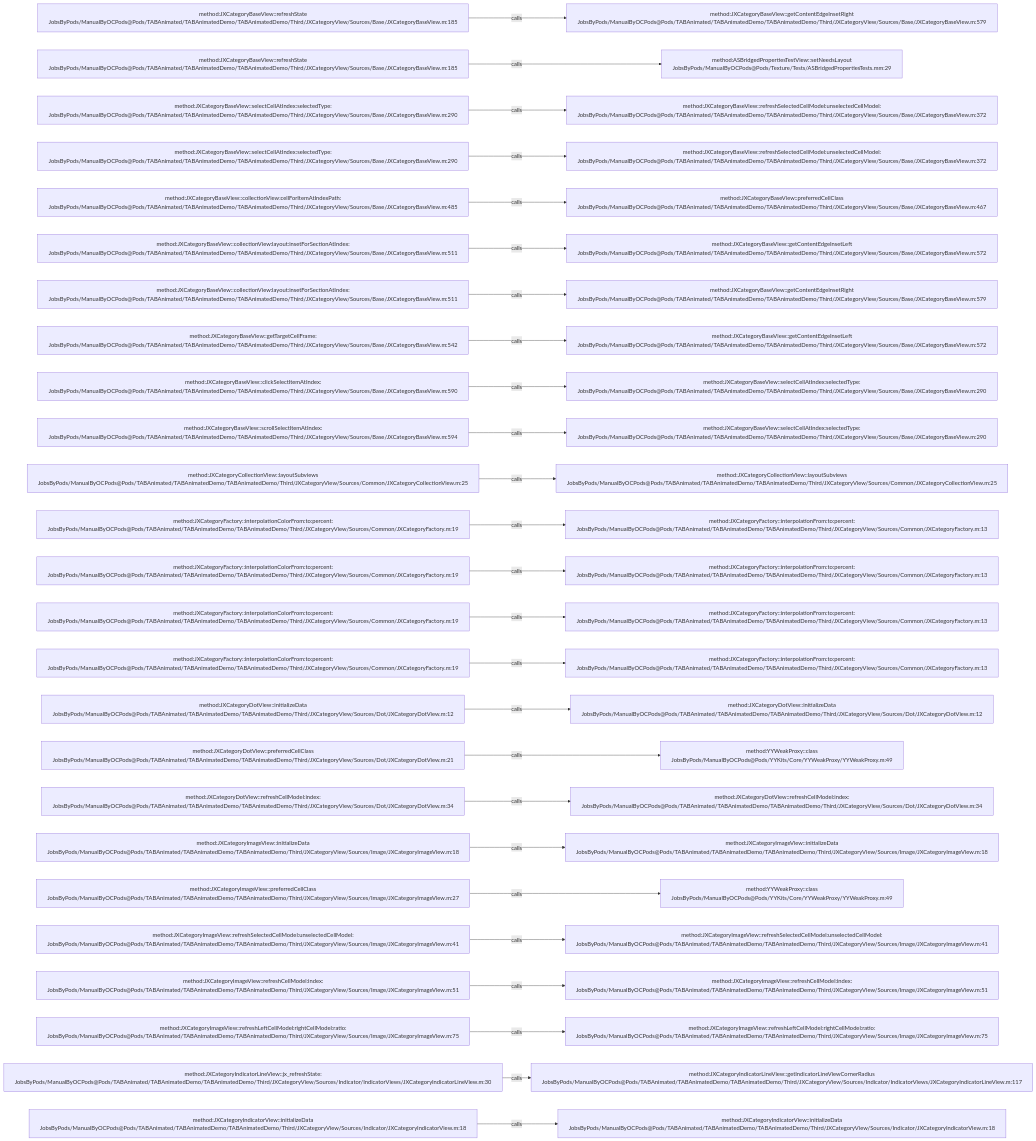
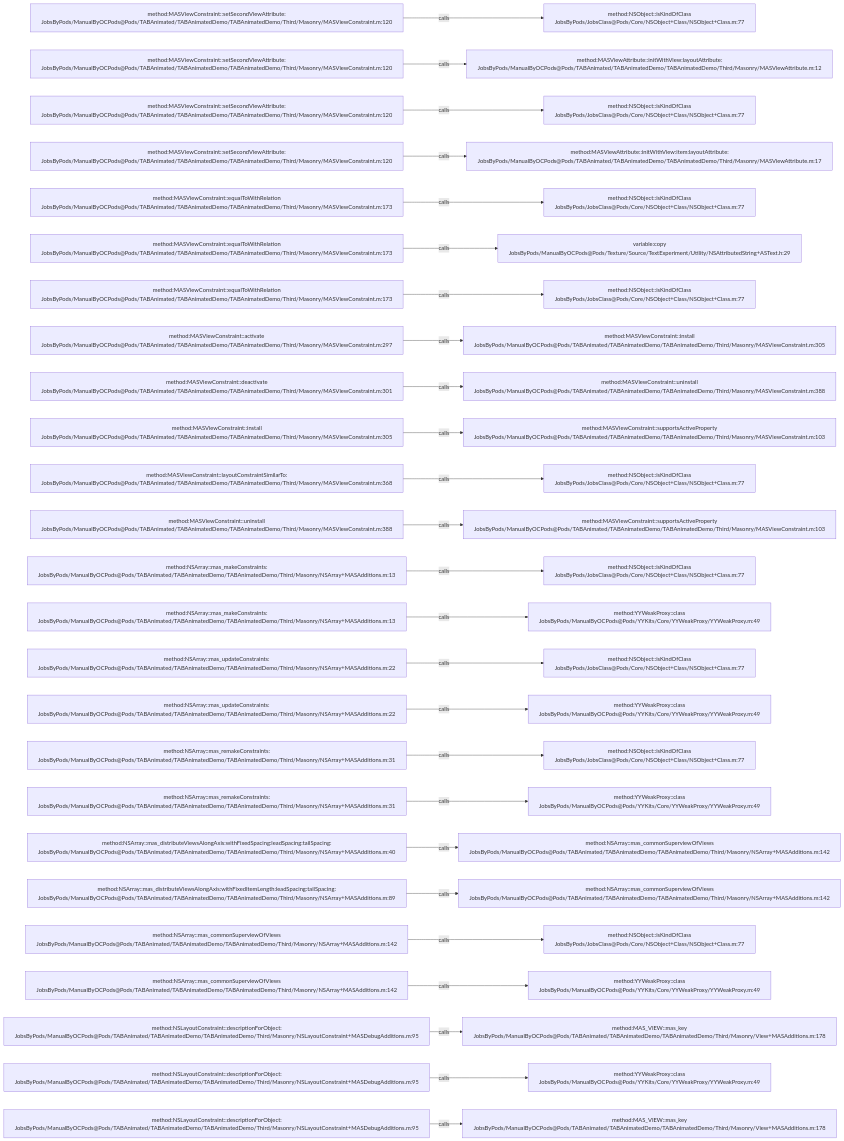
The diagram in .codegraph/codegraph.md/graphs/calls-043.md (JobsKits/JobsOCBaseConfigDemo), drawn with Mermaid before and after one commit. The commit also changed 1353 other files, not shown here.

````diff
--- a/.codegraph/codegraph.md/graphs/calls-043.md
+++ b/.codegraph/codegraph.md/graphs/calls-043.md
@@ -13,78 +13,78 @@
 ```mermaid
 flowchart LR
-  S1["method:JXCategoryBaseView::refreshState<br/>JobsByPods/ManualByOCPods@Pods/TABAnimated/TABAnimatedDemo/TABAnimatedDemo/Third/JXCategoryView/Sources/Base/JXCategoryBaseView.m:185"]
-  T1["method:JXCategoryBaseView::getContentEdgeInsetRight<br/>JobsByPods/ManualByOCPods@Pods/TABAnimated/TABAnimatedDemo/TABAnimatedDemo/Third/JXCategoryView/Sources/Base/JXCategoryBaseView.m:579"]
+  S1["method:MASViewConstraint::setSecondViewAttribute:<br/>JobsByPods/ManualByOCPods@Pods/TABAnimated/TABAnimatedDemo/TABAnimatedDemo/Third/Masonry/MASViewConstraint.m:120"]
+  T1["method:NSObject::isKindOfClass<br/>JobsByPods/JobsClass@Pods/Core/NSObject+Class/NSObject+Class.m:77"]
   S1 -->|calls| T1
-  S2["method:JXCategoryBaseView::refreshState<br/>JobsByPods/ManualByOCPods@Pods/TABAnimated/TABAnimatedDemo/TABAnimatedDemo/Third/JXCategoryView/Sources/Base/JXCategoryBaseView.m:185"]
-  T2["method:ASBridgedPropertiesTestView::setNeedsLayout<br/>JobsByPods/ManualByOCPods@Pods/Texture/Tests/ASBridgedPropertiesTests.mm:29"]
+  S2["method:MASViewConstraint::setSecondViewAttribute:<br/>JobsByPods/ManualByOCPods@Pods/TABAnimated/TABAnimatedDemo/TABAnimatedDemo/Third/Masonry/MASViewConstraint.m:120"]
+  T2["method:MASViewAttribute::initWithView:layoutAttribute:<br/>JobsByPods/ManualByOCPods@Pods/TABAnimated/TABAnimatedDemo/TABAnimatedDemo/Third/Masonry/MASViewAttribute.m:12"]
   S2 -->|calls| T2
-  S3["method:JXCategoryBaseView::selectCellAtIndex:selectedType:<br/>JobsByPods/ManualByOCPods@Pods/TABAnimated/TABAnimatedDemo/TABAnimatedDemo/Third/JXCategoryView/Sources/Base/JXCategoryBaseView.m:290"]
-  T3["method:JXCategoryBaseView::refreshSelectedCellModel:unselectedCellModel:<br/>JobsByPods/ManualByOCPods@Pods/TABAnimated/TABAnimatedDemo/TABAnimatedDemo/Third/JXCategoryView/Sources/Base/JXCategoryBaseView.m:372"]
+  S3["method:MASViewConstraint::setSecondViewAttribute:<br/>JobsByPods/ManualByOCPods@Pods/TABAnimated/TABAnimatedDemo/TABAnimatedDemo/Third/Masonry/MASViewConstraint.m:120"]
+  T3["method:NSObject::isKindOfClass<br/>JobsByPods/JobsClass@Pods/Core/NSObject+Class/NSObject+Class.m:77"]
   S3 -->|calls| T3
-  S4["method:JXCategoryBaseView::selectCellAtIndex:selectedType:<br/>JobsByPods/ManualByOCPods@Pods/TABAnimated/TABAnimatedDemo/TABAnimatedDemo/Third/JXCategoryView/Sources/Base/JXCategoryBaseView.m:290"]
-  T4["method:JXCategoryBaseView::refreshSelectedCellModel:unselectedCellModel:<br/>JobsByPods/ManualByOCPods@Pods/TABAnimated/TABAnimatedDemo/TABAnimatedDemo/Third/JXCategoryView/Sources/Base/JXCategoryBaseView.m:372"]
+  S4["method:MASViewConstraint::setSecondViewAttribute:<br/>JobsByPods/ManualByOCPods@Pods/TABAnimated/TABAnimatedDemo/TABAnimatedDemo/Third/Masonry/MASViewConstraint.m:120"]
+  T4["method:MASViewAttribute::initWithView:item:layoutAttribute:<br/>JobsByPods/ManualByOCPods@Pods/TABAnimated/TABAnimatedDemo/TABAnimatedDemo/Third/Masonry/MASViewAttribute.m:17"]
   S4 -->|calls| T4
-  S5["method:JXCategoryBaseView::collectionView:cellForItemAtIndexPath:<br/>JobsByPods/ManualByOCPods@Pods/TABAnimated/TABAnimatedDemo/TABAnimatedDemo/Third/JXCategoryView/Sources/Base/JXCategoryBaseView.m:485"]
-  T5["method:JXCategoryBaseView::preferredCellClass<br/>JobsByPods/ManualByOCPods@Pods/TABAnimated/TABAnimatedDemo/TABAnimatedDemo/Third/JXCategoryView/Sources/Base/JXCategoryBaseView.m:467"]
+  S5["method:MASViewConstraint::equalToWithRelation<br/>JobsByPods/ManualByOCPods@Pods/TABAnimated/TABAnimatedDemo/TABAnimatedDemo/Third/Masonry/MASViewConstraint.m:173"]
+  T5["method:NSObject::isKindOfClass<br/>JobsByPods/JobsClass@Pods/Core/NSObject+Class/NSObject+Class.m:77"]
   S5 -->|calls| T5
-  S6["method:JXCategoryBaseView::collectionView:layout:insetForSectionAtIndex:<br/>JobsByPods/ManualByOCPods@Pods/TABAnimated/TABAnimatedDemo/TABAnimatedDemo/Third/JXCategoryView/Sources/Base/JXCategoryBaseView.m:511"]
-  T6["method:JXCategoryBaseView::getContentEdgeInsetLeft<br/>JobsByPods/ManualByOCPods@Pods/TABAnimated/TABAnimatedDemo/TABAnimatedDemo/Third/JXCategoryView/Sources/Base/JXCategoryBaseView.m:572"]
+  S6["method:MASViewConstraint::equalToWithRelation<br/>JobsByPods/ManualByOCPods@Pods/TABAnimated/TABAnimatedDemo/TABAnimatedDemo/Third/Masonry/MASViewConstraint.m:173"]
+  T6["variable:copy<br/>JobsByPods/ManualByOCPods@Pods/Texture/Source/TextExperiment/Utility/NSAttributedString+ASText.h:29"]
   S6 -->|calls| T6
-  S7["method:JXCategoryBaseView::collectionView:layout:insetForSectionAtIndex:<br/>JobsByPods/ManualByOCPods@Pods/TABAnimated/TABAnimatedDemo/TABAnimatedDemo/Third/JXCategoryView/Sources/Base/JXCategoryBaseView.m:511"]
-  T7["method:JXCategoryBaseView::getContentEdgeInsetRight<br/>JobsByPods/ManualByOCPods@Pods/TABAnimated/TABAnimatedDemo/TABAnimatedDemo/Third/JXCategoryView/Sources/Base/JXCategoryBaseView.m:579"]
+  S7["method:MASViewConstraint::equalToWithRelation<br/>JobsByPods/ManualByOCPods@Pods/TABAnimated/TABAnimatedDemo/TABAnimatedDemo/Third/Masonry/MASViewConstraint.m:173"]
+  T7["method:NSObject::isKindOfClass<br/>JobsByPods/JobsClass@Pods/Core/NSObject+Class/NSObject+Class.m:77"]
   S7 -->|calls| T7
-  S8["method:JXCategoryBaseView::getTargetCellFrame:<br/>JobsByPods/ManualByOCPods@Pods/TABAnimated/TABAnimatedDemo/TABAnimatedDemo/Third/JXCategoryView/Sources/Base/JXCategoryBaseView.m:542"]
-  T8["method:JXCategoryBaseView::getContentEdgeInsetLeft<br/>JobsByPods/ManualByOCPods@Pods/TABAnimated/TABAnimatedDemo/TABAnimatedDemo/Third/JXCategoryView/Sources/Base/JXCategoryBaseView.m:572"]
+  S8["method:MASViewConstraint::activate<br/>JobsByPods/ManualByOCPods@Pods/TABAnimated/TABAnimatedDemo/TABAnimatedDemo/Third/Masonry/MASViewConstraint.m:297"]
+  T8["method:MASViewConstraint::install<br/>JobsByPods/ManualByOCPods@Pods/TABAnimated/TABAnimatedDemo/TABAnimatedDemo/Third/Masonry/MASViewConstraint.m:305"]
   S8 -->|calls| T8
-  S9["method:JXCategoryBaseView::clickSelectItemAtIndex:<br/>JobsByPods/ManualByOCPods@Pods/TABAnimated/TABAnimatedDemo/TABAnimatedDemo/Third/JXCategoryView/Sources/Base/JXCategoryBaseView.m:590"]
-  T9["method:JXCategoryBaseView::selectCellAtIndex:selectedType:<br/>JobsByPods/ManualByOCPods@Pods/TABAnimated/TABAnimatedDemo/TABAnimatedDemo/Third/JXCategoryView/Sources/Base/JXCategoryBaseView.m:290"]
+  S9["method:MASViewConstraint::deactivate<br/>JobsByPods/ManualByOCPods@Pods/TABAnimated/TABAnimatedDemo/TABAnimatedDemo/Third/Masonry/MASViewConstraint.m:301"]
+  T9["method:MASViewConstraint::uninstall<br/>JobsByPods/ManualByOCPods@Pods/TABAnimated/TABAnimatedDemo/TABAnimatedDemo/Third/Masonry/MASViewConstraint.m:388"]
   S9 -->|calls| T9
-  S10["method:JXCategoryBaseView::scrollSelectItemAtIndex:<br/>JobsByPods/ManualByOCPods@Pods/TABAnimated/TABAnimatedDemo/TABAnimatedDemo/Third/JXCategoryView/Sources/Base/JXCategoryBaseView.m:594"]
-  T10["method:JXCategoryBaseView::selectCellAtIndex:selectedType:<br/>JobsByPods/ManualByOCPods@Pods/TABAnimated/TABAnimatedDemo/TABAnimatedDemo/Third/JXCategoryView/Sources/Base/JXCategoryBaseView.m:290"]
+  S10["method:MASViewConstraint::install<br/>JobsByPods/ManualByOCPods@Pods/TABAnimated/TABAnimatedDemo/TABAnimatedDemo/Third/Masonry/MASViewConstraint.m:305"]
+  T10["method:MASViewConstraint::supportsActiveProperty<br/>JobsByPods/ManualByOCPods@Pods/TABAnimated/TABAnimatedDemo/TABAnimatedDemo/Third/Masonry/MASViewConstraint.m:103"]
   S10 -->|calls| T10
-  S11["method:JXCategoryCollectionView::layoutSubviews<br/>JobsByPods/ManualByOCPods@Pods/TABAnimated/TABAnimatedDemo/TABAnimatedDemo/Third/JXCategoryView/Sources/Common/JXCategoryCollectionView.m:25"]
-  T11["method:JXCategoryCollectionView::layoutSubviews<br/>JobsByPods/ManualByOCPods@Pods/TABAnimated/TABAnimatedDemo/TABAnimatedDemo/Third/JXCategoryView/Sources/Common/JXCategoryCollectionView.m:25"]
+  S11["method:MASViewConstraint::layoutConstraintSimilarTo:<br/>JobsByPods/ManualByOCPods@Pods/TABAnimated/TABAnimatedDemo/TABAnimatedDemo/Third/Masonry/MASViewConstraint.m:368"]
+  T11["method:NSObject::isKindOfClass<br/>JobsByPods/JobsClass@Pods/Core/NSObject+Class/NSObject+Class.m:77"]
   S11 -->|calls| T11
-  S12["method:JXCategoryFactory::interpolationColorFrom:to:percent:<br/>JobsByPods/ManualByOCPods@Pods/TABAnimated/TABAnimatedDemo/TABAnimatedDemo/Third/JXCategoryView/Sources/Common/JXCategoryFactory.m:19"]
-  T12["method:JXCategoryFactory::interpolationFrom:to:percent:<br/>JobsByPods/ManualByOCPods@Pods/TABAnimated/TABAnimatedDemo/TABAnimatedDemo/Third/JXCategoryView/Sources/Common/JXCategoryFactory.m:13"]
+  S12["method:MASViewConstraint::uninstall<br/>JobsByPods/ManualByOCPods@Pods/TABAnimated/TABAnimatedDemo/TABAnimatedDemo/Third/Masonry/MASViewConstraint.m:388"]
+  T12["method:MASViewConstraint::supportsActiveProperty<br/>JobsByPods/ManualByOCPods@Pods/TABAnimated/TABAnimatedDemo/TABAnimatedDemo/Third/Masonry/MASViewConstraint.m:103"]
   S12 -->|calls| T12
-  S13["method:JXCategoryFactory::interpolationColorFrom:to:percent:<br/>JobsByPods/ManualByOCPods@Pods/TABAnimated/TABAnimatedDemo/TABAnimatedDemo/Third/JXCategoryView/Sources/Common/JXCategoryFactory.m:19"]
-  T13["method:JXCategoryFactory::interpolationFrom:to:percent:<br/>JobsByPods/ManualByOCPods@Pods/TABAnimated/TABAnimatedDemo/TABAnimatedDemo/Third/JXCategoryView/Sources/Common/JXCategoryFactory.m:13"]
+  S13["method:NSArray::mas_makeConstraints:<br/>JobsByPods/ManualByOCPods@Pods/TABAnimated/TABAnimatedDemo/TABAnimatedDemo/Third/Masonry/NSArray+MASAdditions.m:13"]
+  T13["method:NSObject::isKindOfClass<br/>JobsByPods/JobsClass@Pods/Core/NSObject+Class/NSObject+Class.m:77"]
   S13 -->|calls| T13
-  S14["method:JXCategoryFactory::interpolationColorFrom:to:percent:<br/>JobsByPods/ManualByOCPods@Pods/TABAnimated/TABAnimatedDemo/TABAnimatedDemo/Third/JXCategoryView/Sources/Common/JXCategoryFactory.m:19"]
-  T14["method:JXCategoryFactory::interpolationFrom:to:percent:<br/>JobsByPods/ManualByOCPods@Pods/TABAnimated/TABAnimatedDemo/TABAnimatedDemo/Third/JXCategoryView/Sources/Common/JXCategoryFactory.m:13"]
+  S14["method:NSArray::mas_makeConstraints:<br/>JobsByPods/ManualByOCPods@Pods/TABAnimated/TABAnimatedDemo/TABAnimatedDemo/Third/Masonry/NSArray+MASAdditions.m:13"]
+  T14["method:YYWeakProxy::class<br/>JobsByPods/ManualByOCPods@Pods/YYKits/Core/YYWeakProxy/YYWeakProxy.m:49"]
   S14 -->|calls| T14
-  S15["method:JXCategoryFactory::interpolationColorFrom:to:percent:<br/>JobsByPods/ManualByOCPods@Pods/TABAnimated/TABAnimatedDemo/TABAnimatedDemo/Third/JXCategoryView/Sources/Common/JXCategoryFactory.m:19"]
-  T15["method:JXCategoryFactory::interpolationFrom:to:percent:<br/>JobsByPods/ManualByOCPods@Pods/TABAnimated/TABAnimatedDemo/TABAnimatedDemo/Third/JXCategoryView/Sources/Common/JXCategoryFactory.m:13"]
+  S15["method:NSArray::mas_updateConstraints:<br/>JobsByPods/ManualByOCPods@Pods/TABAnimated/TABAnimatedDemo/TABAnimatedDemo/Third/Masonry/NSArray+MASAdditions.m:22"]
+  T15["method:NSObject::isKindOfClass<br/>JobsByPods/JobsClass@Pods/Core/NSObject+Class/NSObject+Class.m:77"]
   S15 -->|calls| T15
-  S16["method:JXCategoryDotView::initializeData<br/>JobsByPods/ManualByOCPods@Pods/TABAnimated/TABAnimatedDemo/TABAnimatedDemo/Third/JXCategoryView/Sources/Dot/JXCategoryDotView.m:12"]
-  T16["method:JXCategoryDotView::initializeData<br/>JobsByPods/ManualByOCPods@Pods/TABAnimated/TABAnimatedDemo/TABAnimatedDemo/Third/JXCategoryView/Sources/Dot/JXCategoryDotView.m:12"]
+  S16["method:NSArray::mas_updateConstraints:<br/>JobsByPods/ManualByOCPods@Pods/TABAnimated/TABAnimatedDemo/TABAnimatedDemo/Third/Masonry/NSArray+MASAdditions.m:22"]
+  T16["method:YYWeakProxy::class<br/>JobsByPods/ManualByOCPods@Pods/YYKits/Core/YYWeakProxy/YYWeakProxy.m:49"]
   S16 -->|calls| T16
-  S17["method:JXCategoryDotView::preferredCellClass<br/>JobsByPods/ManualByOCPods@Pods/TABAnimated/TABAnimatedDemo/TABAnimatedDemo/Third/JXCategoryView/Sources/Dot/JXCategoryDotView.m:21"]
-  T17["method:YYWeakProxy::class<br/>JobsByPods/ManualByOCPods@Pods/YYKits/Core/YYWeakProxy/YYWeakProxy.m:49"]
+  S17["method:NSArray::mas_remakeConstraints:<br/>JobsByPods/ManualByOCPods@Pods/TABAnimated/TABAnimatedDemo/TABAnimatedDemo/Third/Masonry/NSArray+MASAdditions.m:31"]
+  T17["method:NSObject::isKindOfClass<br/>JobsByPods/JobsClass@Pods/Core/NSObject+Class/NSObject+Class.m:77"]
   S17 -->|calls| T17
-  S18["method:JXCategoryDotView::refreshCellModel:index:<br/>JobsByPods/ManualByOCPods@Pods/TABAnimated/TABAnimatedDemo/TABAnimatedDemo/Third/JXCategoryView/Sources/Dot/JXCategoryDotView.m:34"]
-  T18["method:JXCategoryDotView::refreshCellModel:index:<br/>JobsByPods/ManualByOCPods@Pods/TABAnimated/TABAnimatedDemo/TABAnimatedDemo/Third/JXCategoryView/Sources/Dot/JXCategoryDotView.m:34"]
+  S18["method:NSArray::mas_remakeConstraints:<br/>JobsByPods/ManualByOCPods@Pods/TABAnimated/TABAnimatedDemo/TABAnimatedDemo/Third/Masonry/NSArray+MASAdditions.m:31"]
+  T18["method:YYWeakProxy::class<br/>JobsByPods/ManualByOCPods@Pods/YYKits/Core/YYWeakProxy/YYWeakProxy.m:49"]
   S18 -->|calls| T18
-  S19["method:JXCategoryImageView::initializeData<br/>JobsByPods/ManualByOCPods@Pods/TABAnimated/TABAnimatedDemo/TABAnimatedDemo/Third/JXCategoryView/Sources/Image/JXCategoryImageView.m:18"]
-  T19["method:JXCategoryImageView::initializeData<br/>JobsByPods/ManualByOCPods@Pods/TABAnimated/TABAnimatedDemo/TABAnimatedDemo/Third/JXCategoryView/Sources/Image/JXCategoryImageView.m:18"]
+  S19["method:NSArray::mas_distributeViewsAlongAxis:withFixedSpacing:leadSpacing:tailSpacing:<br/>JobsByPods/ManualByOCPods@Pods/TABAnimated/TABAnimatedDemo/TABAnimatedDemo/Third/Masonry/NSArray+MASAdditions.m:40"]
+  T19["method:NSArray::mas_commonSuperviewOfViews<br/>JobsByPods/ManualByOCPods@Pods/TABAnimated/TABAnimatedDemo/TABAnimatedDemo/Third/Masonry/NSArray+MASAdditions.m:142"]
   S19 -->|calls| T19
-  S20["method:JXCategoryImageView::preferredCellClass<br/>JobsByPods/ManualByOCPods@Pods/TABAnimated/TABAnimatedDemo/TABAnimatedDemo/Third/JXCategoryView/Sources/Image/JXCategoryImageView.m:27"]
-  T20["method:YYWeakProxy::class<br/>JobsByPods/ManualByOCPods@Pods/YYKits/Core/YYWeakProxy/YYWeakProxy.m:49"]
+  S20["method:NSArray::mas_distributeViewsAlongAxis:withFixedItemLength:leadSpacing:tailSpacing:<br/>JobsByPods/ManualByOCPods@Pods/TABAnimated/TABAnimatedDemo/TABAnimatedDemo/Third/Masonry/NSArray+MASAdditions.m:89"]
+  T20["method:NSArray::mas_commonSuperviewOfViews<br/>JobsByPods/ManualByOCPods@Pods/TABAnimated/TABAnimatedDemo/TABAnimatedDemo/Third/Masonry/NSArray+MASAdditions.m:142"]
   S20 -->|calls| T20
-  S21["method:JXCategoryImageView::refreshSelectedCellModel:unselectedCellModel:<br/>JobsByPods/ManualByOCPods@Pods/TABAnimated/TABAnimatedDemo/TABAnimatedDemo/Third/JXCategoryView/Sources/Image/JXCategoryImageView.m:41"]
-  T21["method:JXCategoryImageView::refreshSelectedCellModel:unselectedCellModel:<br/>JobsByPods/ManualByOCPods@Pods/TABAnimated/TABAnimatedDemo/TABAnimatedDemo/Third/JXCategoryView/Sources/Image/JXCategoryImageView.m:41"]
+  S21["method:NSArray::mas_commonSuperviewOfViews<br/>JobsByPods/ManualByOCPods@Pods/TABAnimated/TABAnimatedDemo/TABAnimatedDemo/Third/Masonry/NSArray+MASAdditions.m:142"]
+  T21["method:NSObject::isKindOfClass<br/>JobsByPods/JobsClass@Pods/Core/NSObject+Class/NSObject+Class.m:77"]
   S21 -->|calls| T21
-  S22["method:JXCategoryImageView::refreshCellModel:index:<br/>JobsByPods/ManualByOCPods@Pods/TABAnimated/TABAnimatedDemo/TABAnimatedDemo/Third/JXCategoryView/Sources/Image/JXCategoryImageView.m:51"]
-  T22["method:JXCategoryImageView::refreshCellModel:index:<br/>JobsByPods/ManualByOCPods@Pods/TABAnimated/TABAnimatedDemo/TABAnimatedDemo/Third/JXCategoryView/Sources/Image/JXCategoryImageView.m:51"]
+  S22["method:NSArray::mas_commonSuperviewOfViews<br/>JobsByPods/ManualByOCPods@Pods/TABAnimated/TABAnimatedDemo/TABAnimatedDemo/Third/Masonry/NSArray+MASAdditions.m:142"]
+  T22["method:YYWeakProxy::class<br/>JobsByPods/ManualByOCPods@Pods/YYKits/Core/YYWeakProxy/YYWeakProxy.m:49"]
   S22 -->|calls| T22
-  S23["method:JXCategoryImageView::refreshLeftCellModel:rightCellModel:ratio:<br/>JobsByPods/ManualByOCPods@Pods/TABAnimated/TABAnimatedDemo/TABAnimatedDemo/Third/JXCategoryView/Sources/Image/JXCategoryImageView.m:75"]
-  T23["method:JXCategoryImageView::refreshLeftCellModel:rightCellModel:ratio:<br/>JobsByPods/ManualByOCPods@Pods/TABAnimated/TABAnimatedDemo/TABAnimatedDemo/Third/JXCategoryView/Sources/Image/JXCategoryImageView.m:75"]
+  S23["method:NSLayoutConstraint::descriptionForObject:<br/>JobsByPods/ManualByOCPods@Pods/TABAnimated/TABAnimatedDemo/TABAnimatedDemo/Third/Masonry/NSLayoutConstraint+MASDebugAdditions.m:95"]
+  T23["method:MAS_VIEW::mas_key<br/>JobsByPods/ManualByOCPods@Pods/TABAnimated/TABAnimatedDemo/TABAnimatedDemo/Third/Masonry/View+MASAdditions.m:178"]
   S23 -->|calls| T23
-  S24["method:JXCategoryIndicatorLineView::jx_refreshState:<br/>JobsByPods/ManualByOCPods@Pods/TABAnimated/TABAnimatedDemo/TABAnimatedDemo/Third/JXCategoryView/Sources/Indicator/IndicatorViews/JXCategoryIndicatorLineView.m:30"]
-  T24["method:JXCategoryIndicatorLineView::getIndicatorLineViewCornerRadius<br/>JobsByPods/ManualByOCPods@Pods/TABAnimated/TABAnimatedDemo/TABAnimatedDemo/Third/JXCategoryView/Sources/Indicator/IndicatorViews/JXCategoryIndicatorLineView.m:117"]
+  S24["method:NSLayoutConstraint::descriptionForObject:<br/>JobsByPods/ManualByOCPods@Pods/TABAnimated/TABAnimatedDemo/TABAnimatedDemo/Third/Masonry/NSLayoutConstraint+MASDebugAdditions.m:95"]
+  T24["method:YYWeakProxy::class<br/>JobsByPods/ManualByOCPods@Pods/YYKits/Core/YYWeakProxy/YYWeakProxy.m:49"]
   S24 -->|calls| T24
-  S25["method:JXCategoryIndicatorView::initializeData<br/>JobsByPods/ManualByOCPods@Pods/TABAnimated/TABAnimatedDemo/TABAnimatedDemo/Third/JXCategoryView/Sources/Indicator/JXCategoryIndicatorView.m:18"]
-  T25["method:JXCategoryIndicatorView::initializeData<br/>JobsByPods/ManualByOCPods@Pods/TABAnimated/TABAnimatedDemo/TABAnimatedDemo/Third/JXCategoryView/Sources/Indicator/JXCategoryIndicatorView.m:18"]
+  S25["method:NSLayoutConstraint::descriptionForObject:<br/>JobsByPods/ManualByOCPods@Pods/TABAnimated/TABAnimatedDemo/TABAnimatedDemo/Third/Masonry/NSLayoutConstraint+MASDebugAdditions.m:95"]
+  T25["method:MAS_VIEW::mas_key<br/>JobsByPods/ManualByOCPods@Pods/TABAnimated/TABAnimatedDemo/TABAnimatedDemo/Third/Masonry/View+MASAdditions.m:178"]
   S25 -->|calls| T25
 ```
````
